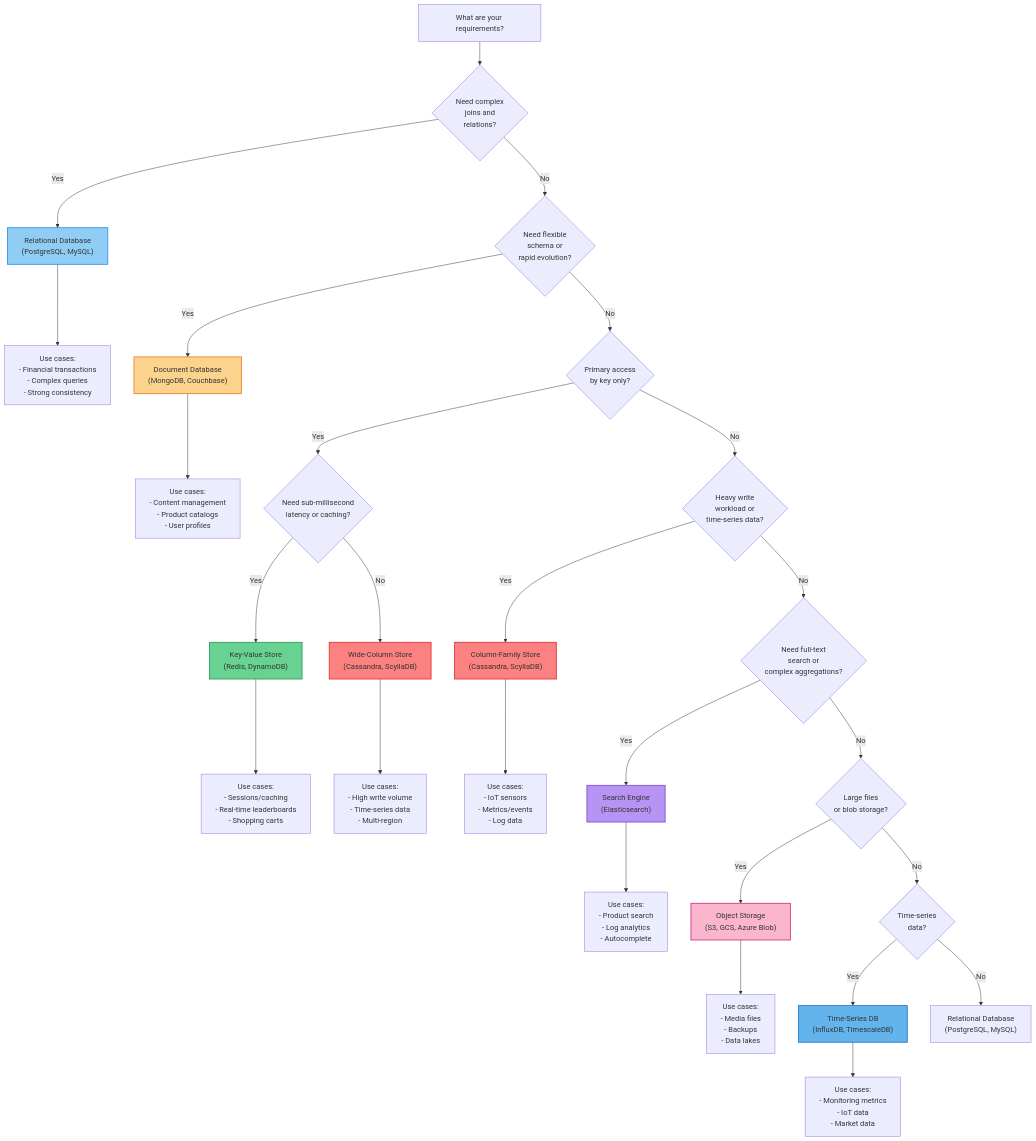
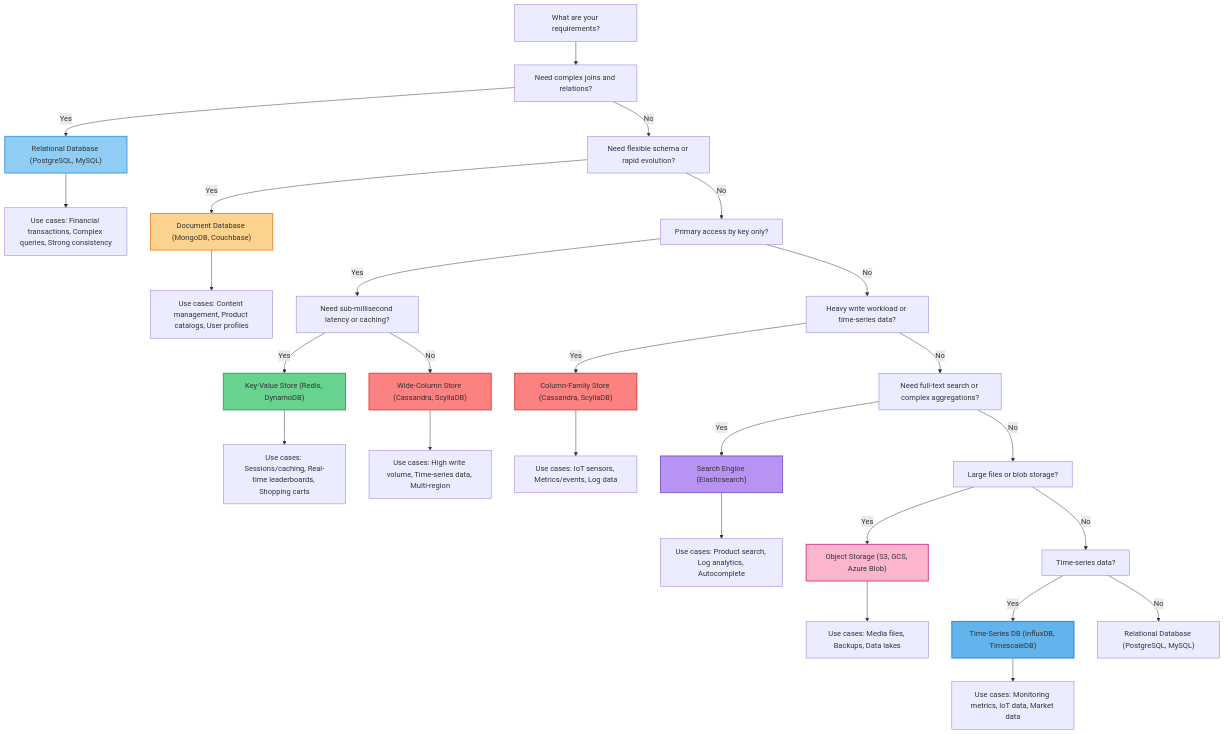
One commit to YiWang24/AiDIY changed the first of 3 diagrams in docs/cs/system-design/storage-layer.mdx. Above: the diagram before and after it, drawn with Mermaid. The commit also changed other lines of this file and 65 other files, not shown here.

First line of the commit message:
feat(docs): comprehensive algorithms documentation and Mermaid fixes

````diff
--- a/docs/cs/system-design/storage-layer.mdx
+++ b/docs/cs/system-design/storage-layer.mdx
@@ -265,46 +265,46 @@
 ```mermaid
 graph TD
-    Start["What are your requirements?"] --> Q1{"Need complex<br/>joins and<br/>relations?"}
+    Start["What are your requirements?"] --> Q1["Need complex joins and relations?"]
 
-    Q1 -->|Yes| Relational["Relational Database<br/>(PostgreSQL, MySQL)"]
-    Q1 -->|No| Q2{"Need flexible<br/>schema or<br/>rapid evolution?"}
+    Q1 -->|Yes| Relational["Relational Database (PostgreSQL, MySQL)"]
+    Q1 -->|No| Q2["Need flexible schema or rapid evolution?"]
 
-    Q2 -->|Yes| Document["Document Database<br/>(MongoDB, Couchbase)"]
-    Q2 -->|No| Q3{"Primary access<br/>by key only?"}
+    Q2 -->|Yes| Document["Document Database (MongoDB, Couchbase)"]
+    Q2 -->|No| Q3["Primary access by key only?"]
 
-    Q3 -->|Yes| Q4{"Need sub-millisecond<br/>latency or caching?"}
-    Q3 -->|No| Q5{"Heavy write<br/>workload or<br/>time-series data?"}
+    Q3 -->|Yes| Q4["Need sub-millisecond latency or caching?"]
+    Q3 -->|No| Q5["Heavy write workload or time-series data?"]
 
-    Q4 -->|Yes| KV["Key-Value Store<br/>(Redis, DynamoDB)"]
-    Q4 -->|No| WideColumn["Wide-Column Store<br/>(Cassandra, ScyllaDB)"]
+    Q4 -->|Yes| KV["Key-Value Store (Redis, DynamoDB)"]
+    Q4 -->|No| WideColumn["Wide-Column Store (Cassandra, ScyllaDB)"]
 
-    Q5 -->|Yes| Column["Column-Family Store<br/>(Cassandra, ScyllaDB)"]
-    Q5 -->|No| Q6{"Need full-text<br/>search or<br/>complex aggregations?"}
+    Q5 -->|Yes| Column["Column-Family Store (Cassandra, ScyllaDB)"]
+    Q5 -->|No| Q6["Need full-text search or complex aggregations?"]
 
-    Q6 -->|Yes| Search["Search Engine<br/>(Elasticsearch)"]
-    Q6 -->|No| Q7{"Large files<br/>or blob storage?"}
+    Q6 -->|Yes| Search["Search Engine (Elasticsearch)"]
+    Q6 -->|No| Q7["Large files or blob storage?"]
 
-    Q7 -->|Yes| Object["Object Storage<br/>(S3, GCS, Azure Blob)"]
-    Q7 -->|No| Q8{"Time-series<br/>data?"}
+    Q7 -->|Yes| Object["Object Storage (S3, GCS, Azure Blob)"]
+    Q7 -->|No| Q8["Time-series data?"]
 
-    Q8 -->|Yes| TS["Time-Series DB<br/>(InfluxDB, TimescaleDB)"]
-    Q8 -->|No| Default["Relational Database<br/>(PostgreSQL, MySQL)"]
+    Q8 -->|Yes| TS["Time-Series DB (InfluxDB, TimescaleDB)"]
+    Q8 -->|No| Default["Relational Database (PostgreSQL, MySQL)"]
 
-    Relational --> R1["Use cases:<br/>- Financial transactions<br/>- Complex queries<br/>- Strong consistency"]
-    Document --> D1["Use cases:<br/>- Content management<br/>- Product catalogs<br/>- User profiles"]
-    KV --> K1["Use cases:<br/>- Sessions/caching<br/>- Real-time leaderboards<br/>- Shopping carts"]
-    WideColumn --> WC1["Use cases:<br/>- High write volume<br/>- Time-series data<br/>- Multi-region"]
-    Column --> C1["Use cases:<br/>- IoT sensors<br/>- Metrics/events<br/>- Log data"]
-    Search --> S1["Use cases:<br/>- Product search<br/>- Log analytics<br/>- Autocomplete"]
-    Object --> O1["Use cases:<br/>- Media files<br/>- Backups<br/>- Data lakes"]
-    TS --> T1["Use cases:<br/>- Monitoring metrics<br/>- IoT data<br/>- Market data"]
+    Relational --> R1["Use cases: Financial transactions, Complex queries, Strong consistency"]
+    Document --> D1["Use cases: Content management, Product catalogs, User profiles"]
+    KV --> K1["Use cases: Sessions/caching, Real-time leaderboards, Shopping carts"]
+    WideColumn --> WC1["Use cases: High write volume, Time-series data, Multi-region"]
+    Column --> C1["Use cases: IoT sensors, Metrics/events, Log data"]
+    Search --> S1["Use cases: Product search, Log analytics, Autocomplete"]
+    Object --> O1["Use cases: Media files, Backups, Data lakes"]
+    TS --> T1["Use cases: Monitoring metrics, IoT data, Market data"]
 
     style Relational fill:#90cdf4,stroke:#4299e1,stroke-width:2px
     style Document fill:#fbd38d,stroke:#ed8936,stroke-width:2px
     style KV fill:#68d391,stroke:#38a169,stroke-width:2px
     style WideColumn fill:#fc8181,stroke:#e53e3e,stroke-width:2px
     style Column fill:#fc8181,stroke:#e53e3e,stroke-width:2px
     style Search fill:#b794f4,stroke:#805ad5,stroke-width:2px
     style Object fill:#fbb6ce,stroke:#d53f8c,stroke-width:2px
     style TS fill:#63b3ed,stroke:#3182ce,stroke-width:2px
 ```
````
